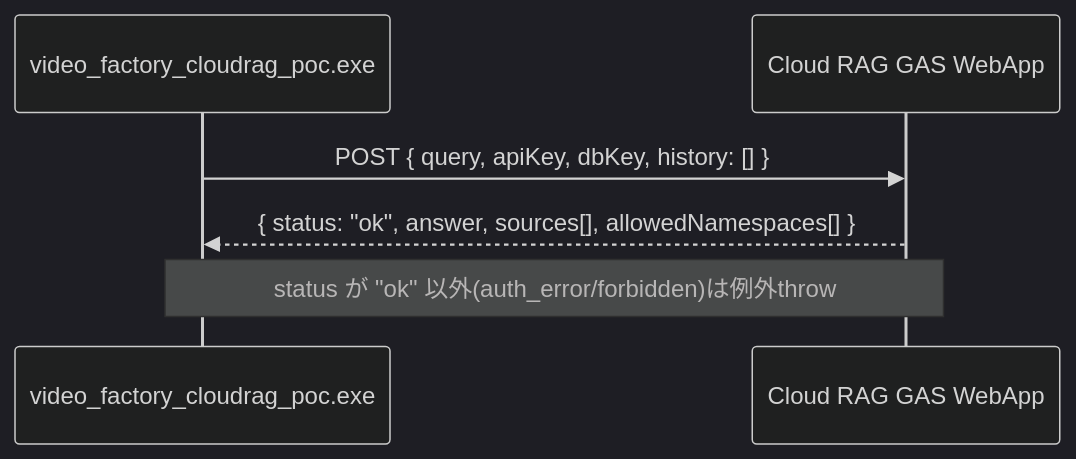
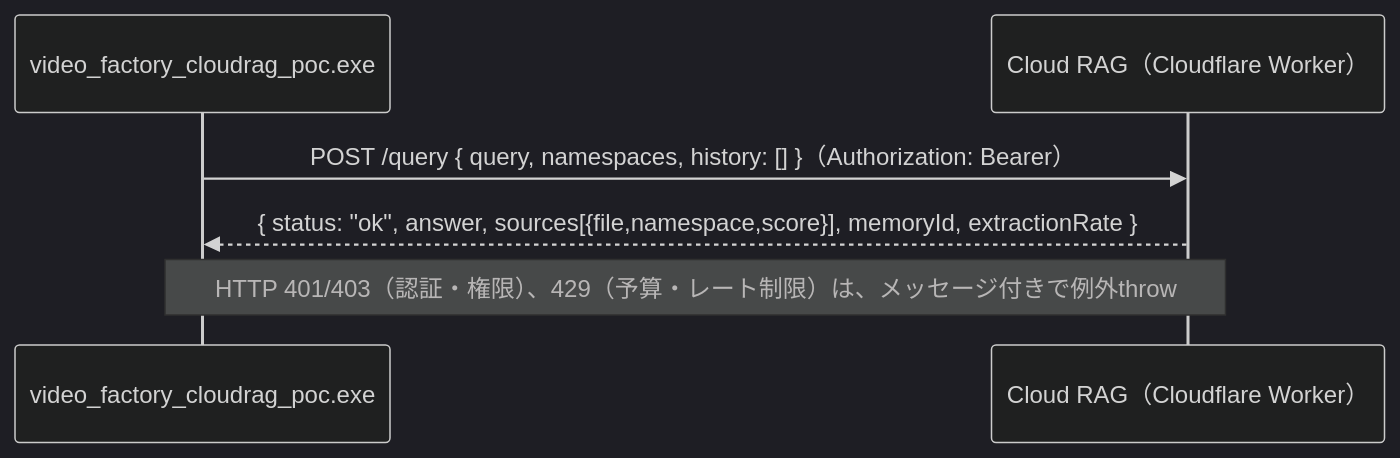
Before and after one commit to manato1201/RAGReel: the second of 17 diagrams in docs/technical-reference.md, drawn with Mermaid (dark theme). The commit also changed other lines of this file and 8 other files, not shown here.

First line of the commit message:
GAS の Cloud RAG クライアントを、Cloudflare Worker のクライアントに置き換え

````diff
--- a/docs/technical-reference.md
+++ b/docs/technical-reference.md
@@ -154,9 +156,9 @@
 ```mermaid
 sequenceDiagram
     participant App as video_factory_cloudrag_poc.exe
-    participant GAS as Cloud RAG GAS WebApp
+    participant GAS as Cloud RAG（Cloudflare Worker）
 
-    App->>GAS: POST { query, apiKey, dbKey, history: [] }
-    GAS-->>App: { status: "ok", answer, sources[], allowedNamespaces[] }
-    Note over App,GAS: status が "ok" 以外(auth_error/forbidden)は例外throw
+    App->>GAS: POST /query { query, namespaces, history: [] }（Authorization: Bearer）
+    GAS-->>App: { status: "ok", answer, sources[{file,namespace,score}], memoryId, extractionRate }
+    Note over App,GAS: HTTP 401/403（認証・権限）、429（予算・レート制限）は、メッセージ付きで例外throw
 ```
````
